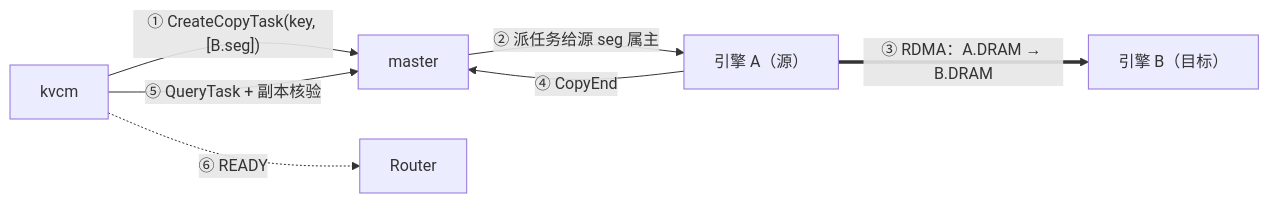
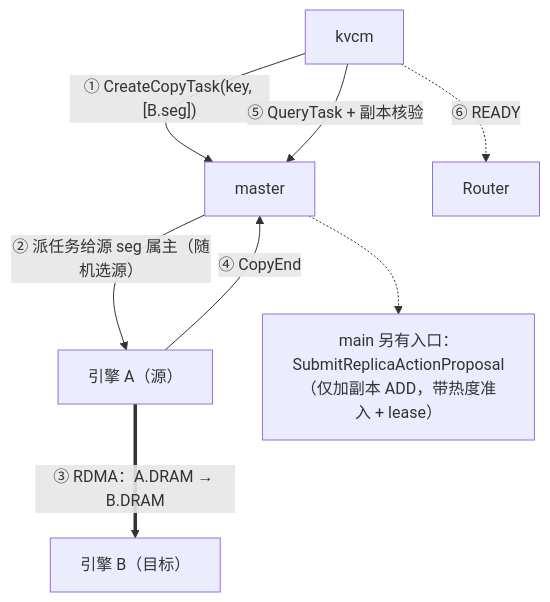
The second of 10 diagrams in kvcm/D2-kv-operations.md (5x8-40/lake), drawn with Mermaid before and after one commit. The commit also changed other lines of this file, not shown here.

First line of the commit message:
docs(kvcm): 操作图解全方案覆盖——每操作画齐所有候选与排除项

````diff
--- a/kvcm/D2-kv-operations.md
+++ b/kvcm/D2-kv-operations.md
@@ -304,9 +304,11 @@
 ```mermaid
-flowchart LR
+flowchart TB
     K["kvcm"] -->|"① CreateCopyTask(key, [B.seg])"| M["master"]
-    M -->|"② 派任务给源 seg 属主"| A["引擎 A（源）"]
+    M -->|"② 派任务给源 seg 属主（随机选源）"| A["引擎 A（源）"]
     A ==>|"③ RDMA：A.DRAM → B.DRAM"| B["引擎 B（目标）"]
     A -->|"④ CopyEnd"| M
     K -->|"⑤ QueryTask + 副本核验"| M
     K -.->|"⑥ READY"| R["Router"]
+    N["main 另有入口：SubmitReplicaActionProposal<br/>（仅加副本 ADD，带热度准入 + lease）"]
+    M -.-> N
 ```
````
